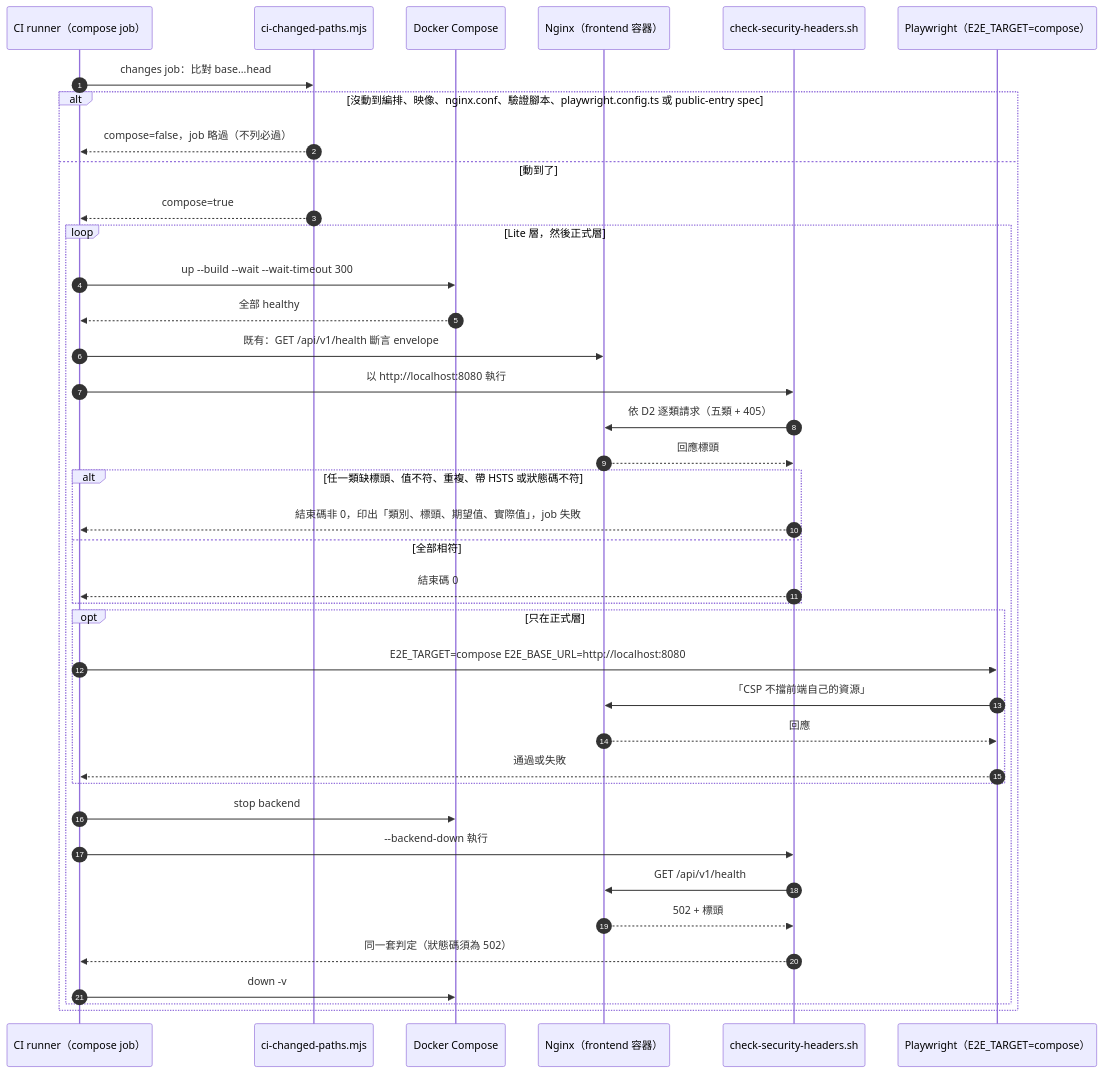
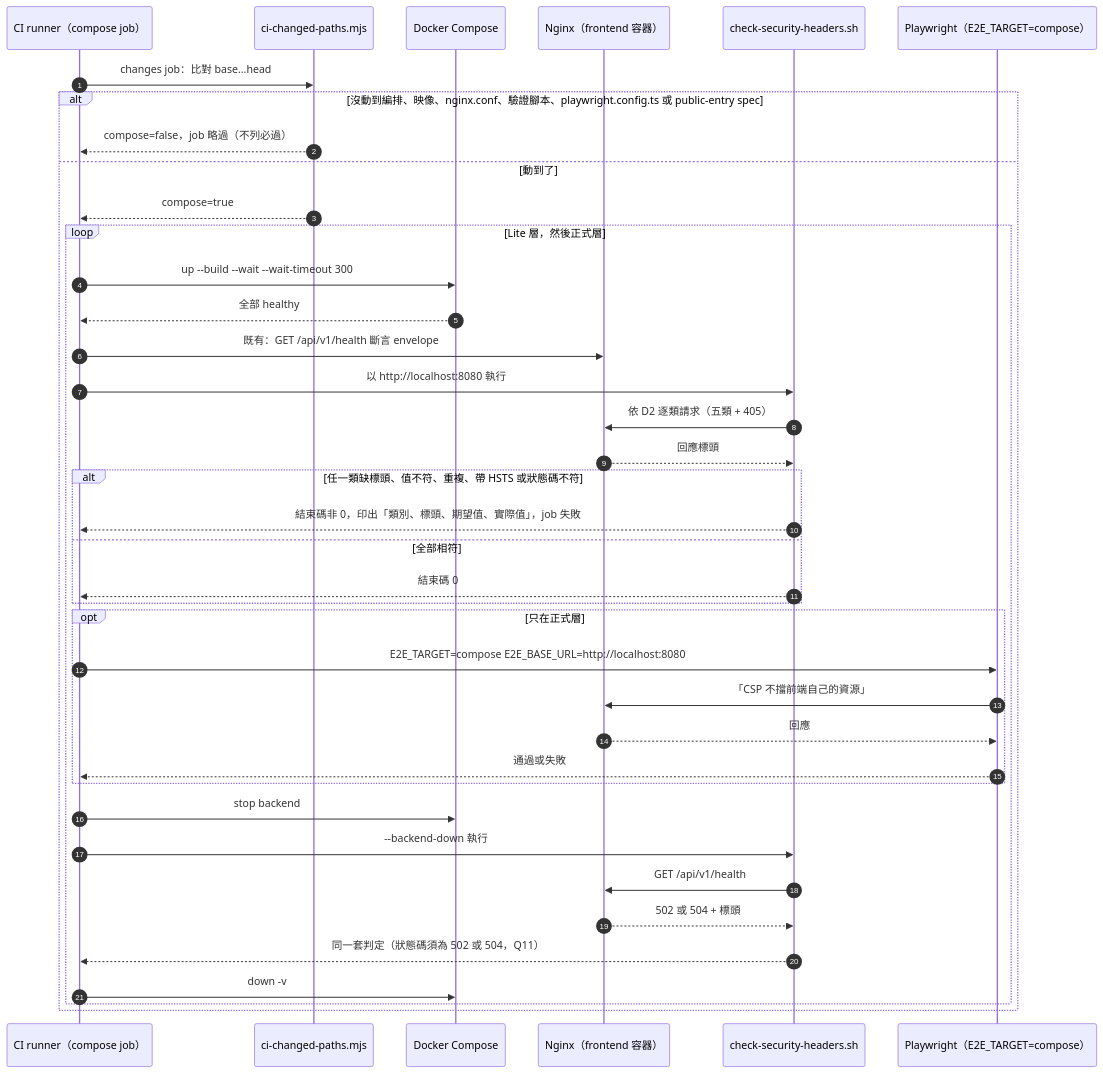
Before and after one commit to label-suite/label-suite: the fifth of 5 diagrams in openspec/changes/nginx-security-headers/system-design.md, drawn with Mermaid. The commit also changed other lines of this file and 5 other files, not shown here.

````diff
--- a/openspec/changes/nginx-security-headers/system-design.md
+++ b/openspec/changes/nginx-security-headers/system-design.md
@@ -307,41 +307,41 @@
 ```mermaid
 sequenceDiagram
   autonumber
   participant R as CI runner（compose job）
   participant C as ci-changed-paths.mjs
   participant D as Docker Compose
   participant N as Nginx（frontend 容器）
   participant S as check-security-headers.sh
   participant P as Playwright（E2E_TARGET=compose）
   R->>C: changes job：比對 base...head
   alt 沒動到編排、映像、nginx.conf、驗證腳本、playwright.config.ts 或 public-entry spec
     C-->>R: compose=false，job 略過（不列必過）
   else 動到了
     C-->>R: compose=true
     loop Lite 層，然後正式層
       R->>D: up --build --wait --wait-timeout 300
       D-->>R: 全部 healthy
       R->>N: 既有：GET /api/v1/health 斷言 envelope
       R->>S: 以 http://localhost:8080 執行
       S->>N: 依 D2 逐類請求（五類 + 405）
       N-->>S: 回應標頭
       alt 任一類缺標頭、值不符、重複、帶 HSTS 或狀態碼不符
         S-->>R: 結束碼非 0，印出「類別、標頭、期望值、實際值」，job 失敗
       else 全部相符
         S-->>R: 結束碼 0
       end
       opt 只在正式層
         R->>P: E2E_TARGET=compose E2E_BASE_URL=http://localhost:8080
         P->>N: 「CSP 不擋前端自己的資源」
         N-->>P: 回應
         P-->>R: 通過或失敗
       end
       R->>D: stop backend
       R->>S: --backend-down 執行
       S->>N: GET /api/v1/health
-      N-->>S: 502 + 標頭
-      S-->>R: 同一套判定（狀態碼須為 502）
+      N-->>S: 502 或 504 + 標頭
+      S-->>R: 同一套判定（狀態碼須為 502 或 504，Q11）
       R->>D: down -v
     end
   end
 ```
````
